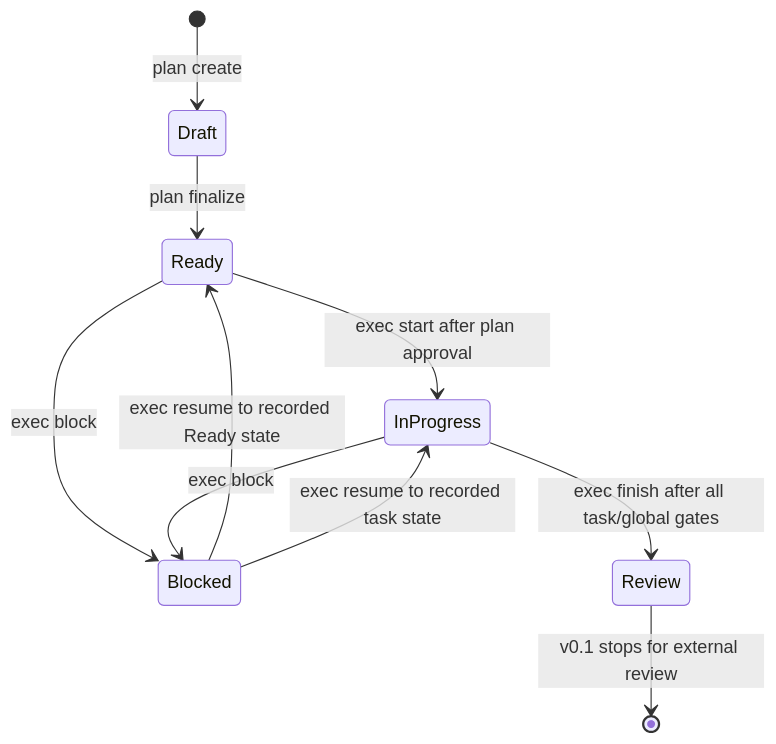
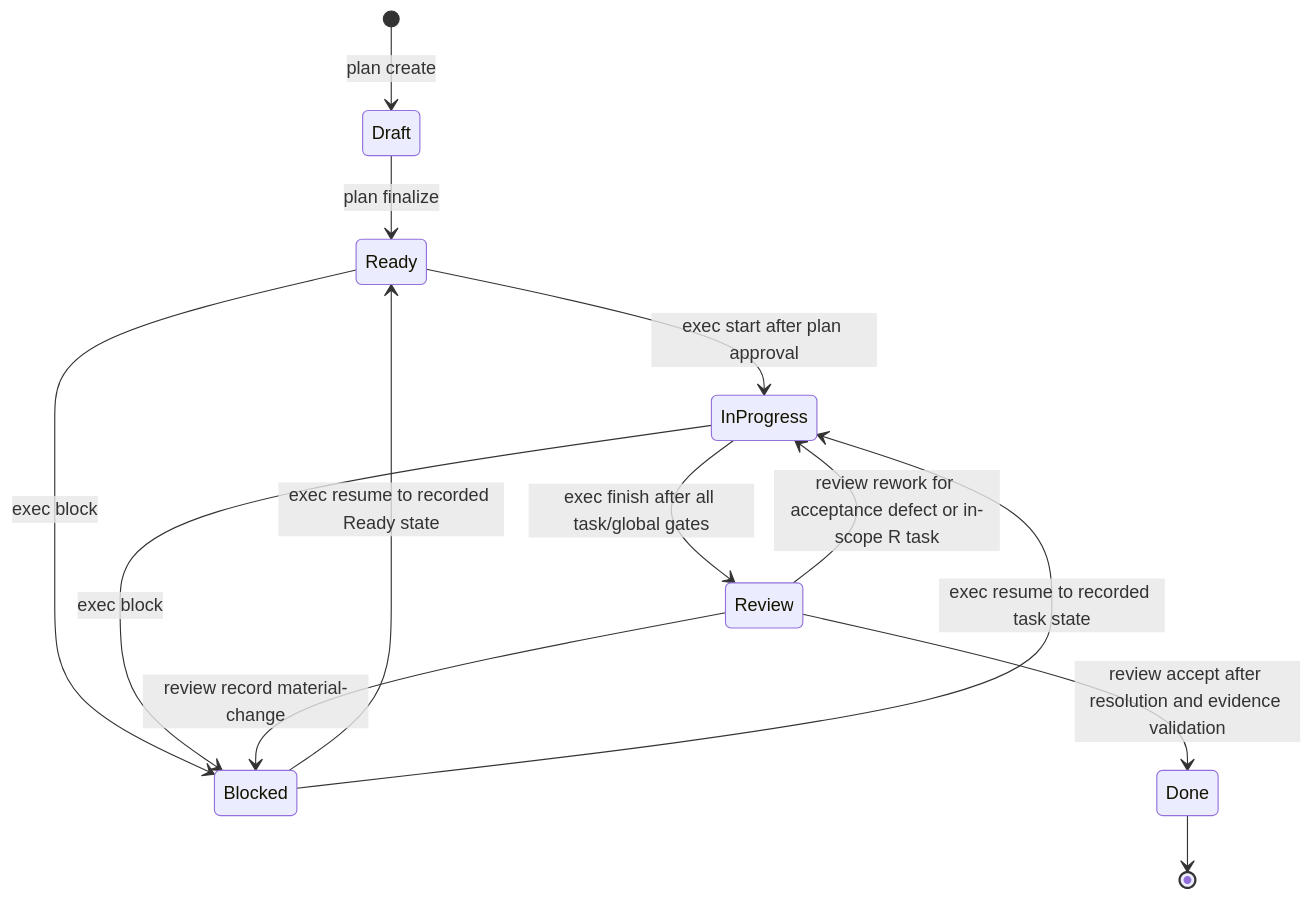
Before and after one commit to QianFuv/Mino: the second of 2 diagrams in docs/architecture.md, drawn with Mermaid. The commit also changed other lines of this file and 22 other files, not shown here.

Commit message:
feat(review): add classified rework workflows

````diff
--- a/docs/architecture.md
+++ b/docs/architecture.md
@@ -176,12 +176,15 @@
 ```mermaid
 stateDiagram-v2
     [*] --> Draft: plan create
     Draft --> Ready: plan finalize
     Ready --> InProgress: exec start after plan approval
     Ready --> Blocked: exec block
     InProgress --> Blocked: exec block
     Blocked --> Ready: exec resume to recorded Ready state
     Blocked --> InProgress: exec resume to recorded task state
     InProgress --> Review: exec finish after all task/global gates
-    Review --> [*]: v0.1 stops for external review
+    Review --> InProgress: review rework for acceptance defect or in-scope R task
+    Review --> Blocked: review record material-change
+    Review --> Done: review accept after resolution and evidence validation
+    Done --> [*]
 ```
````
